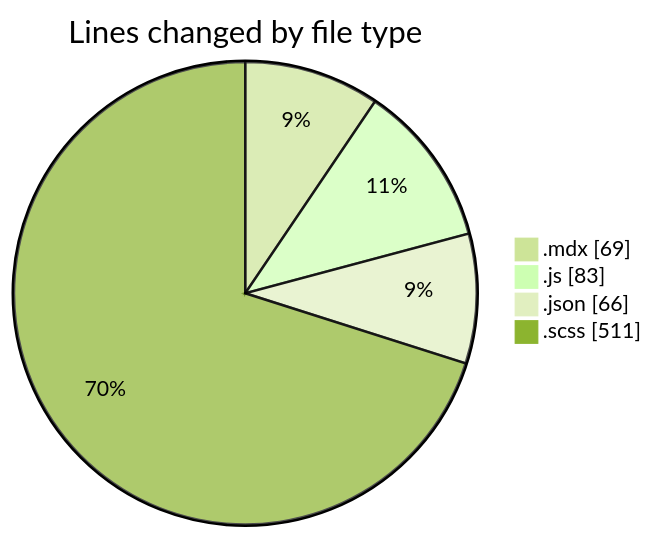
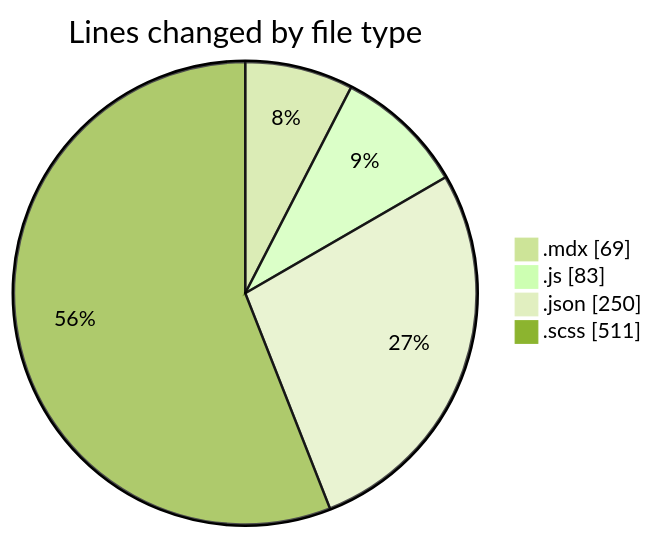
The first of 2 diagrams in 2026-08-13/cda/README.md (momahboobian/code-tracking), drawn with Mermaid (forest theme) before and after one commit. The commit also changed other lines of this file and 1 other file, not shown here.

````diff
--- a/2026-08-13/cda/README.md
+++ b/2026-08-13/cda/README.md
@@ -24,8 +27,8 @@
 ```mermaid
 pie showData
 title Lines changed by file type
 ".mdx" : 69
 ".js" : 83
-".json" : 66
+".json" : 250
 ".scss" : 511
 ```
````
